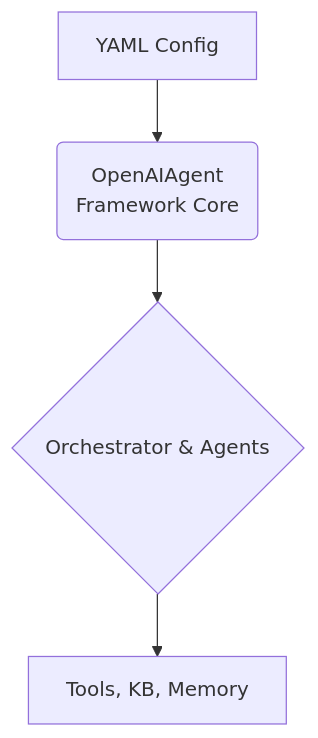
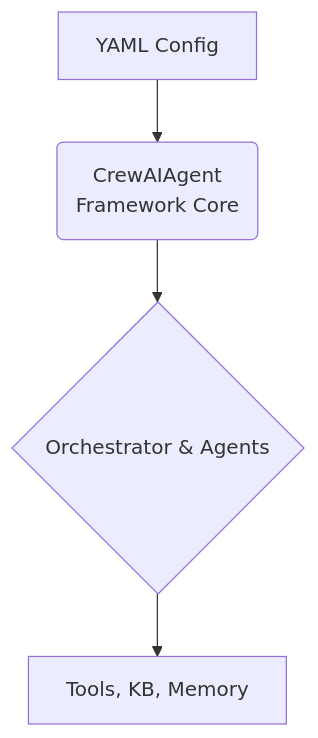
Before and after one commit to VinodKumarKP/ptr_oai_adk: the diagram in packages/crewai-core/README.md, drawn with Mermaid. The commit also changed 2 other files, not shown here.

Commit message:
Updated architecture diagram using mermaid

````diff
--- a/packages/crewai-core/README.md
+++ b/packages/crewai-core/README.md
@@ -37,6 +37,6 @@
 ```mermaid
     graph TD
-        A[YAML Config<br>] --> B(OpenAIAgent<br>Framework Core);
+        A[YAML Config<br>] --> B(CrewAIAgent<br>Framework Core);
         B --> C{Orchestrator & Agents};
         C --> D[Tools, KB, Memory];
 ```
````
